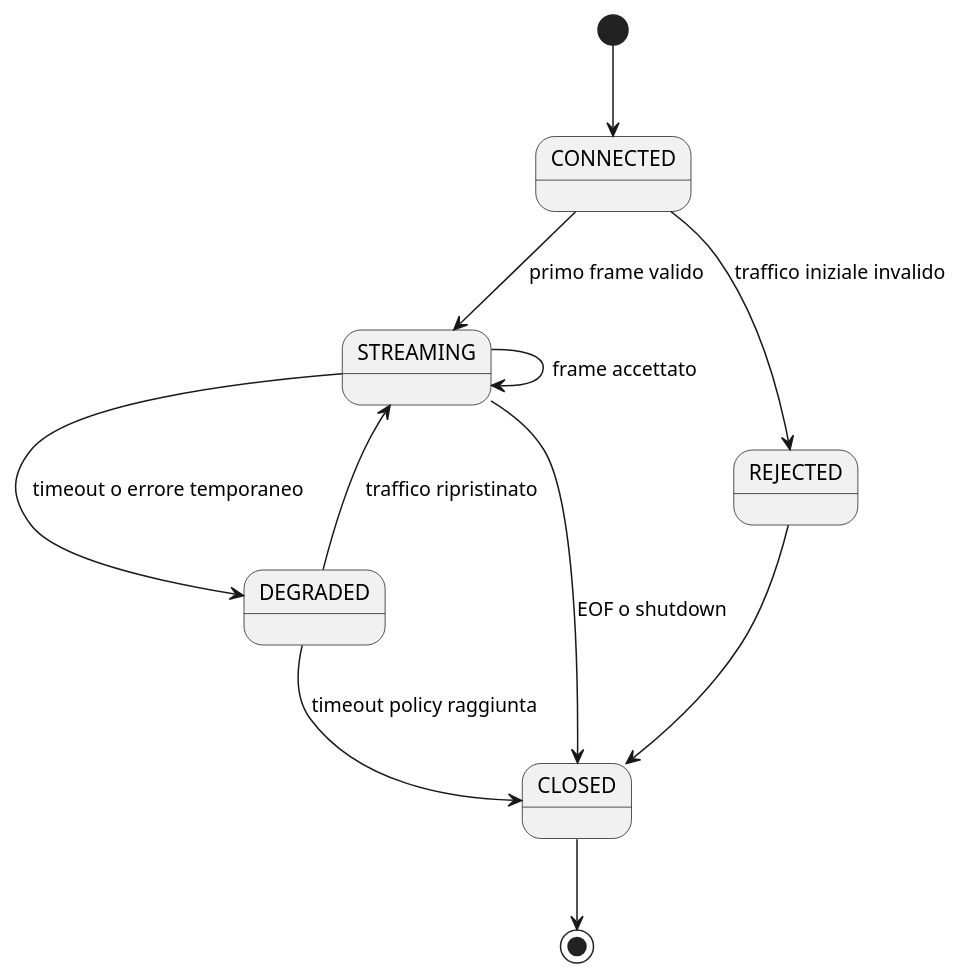
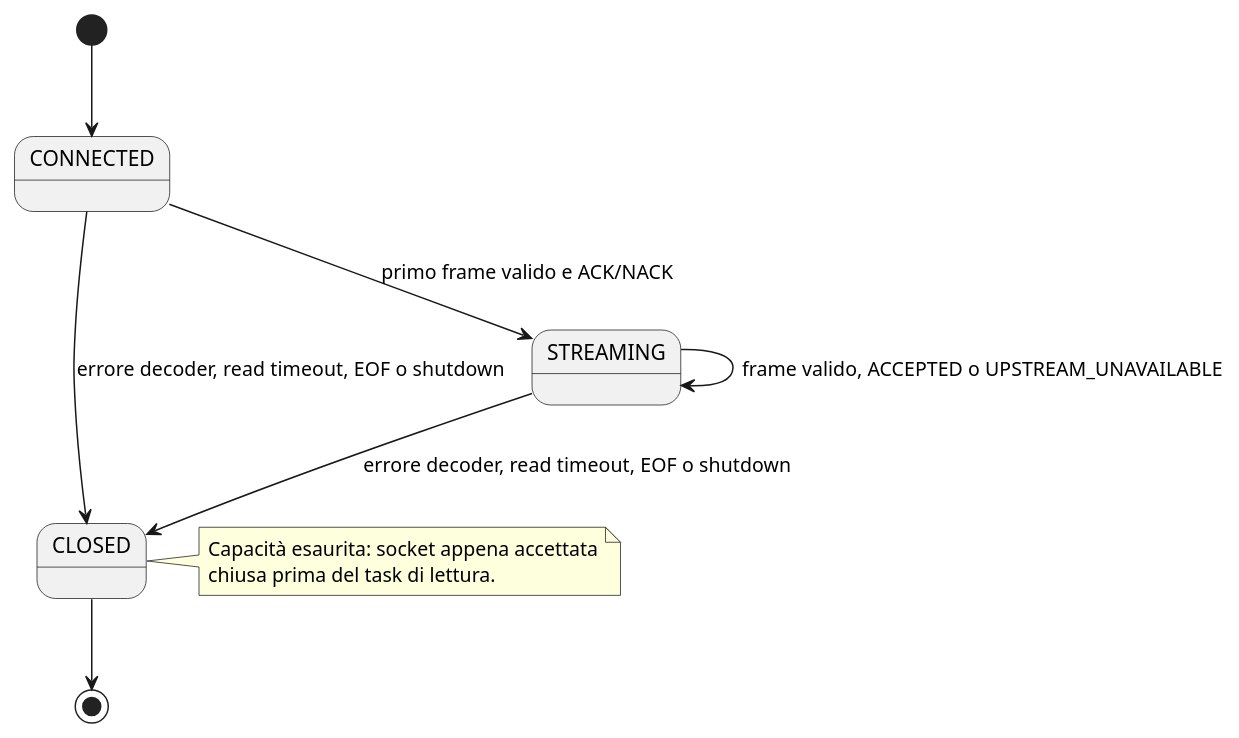
Before and after one commit to val3riot/FleetPulse: the diagram in docs/06_PROTOCOLLO_TCP.md, drawn with PlantUML. The commit also changed other lines of this file and 15 other files, not shown here.

Commit message:
docs(consistency): align FP-055 contracts and diagrams

````diff
--- a/docs/06_PROTOCOLLO_TCP.md
+++ b/docs/06_PROTOCOLLO_TCP.md
@@ -115,14 +122,14 @@
 ```plantuml
 @startuml
 [*] --> CONNECTED
-CONNECTED --> STREAMING : primo frame valido
-CONNECTED --> REJECTED : traffico iniziale invalido
-STREAMING --> STREAMING : frame accettato
-STREAMING --> DEGRADED : timeout o errore temporaneo
-DEGRADED --> STREAMING : traffico ripristinato
-STREAMING --> CLOSED : EOF o shutdown
-DEGRADED --> CLOSED : timeout policy raggiunta
-REJECTED --> CLOSED
+CONNECTED --> STREAMING : primo frame valido e ACK/NACK
+CONNECTED --> CLOSED : errore decoder, read timeout, EOF o shutdown
+STREAMING --> STREAMING : frame valido, ACCEPTED o UPSTREAM_UNAVAILABLE
+STREAMING --> CLOSED : errore decoder, read timeout, EOF o shutdown
 CLOSED --> [*]
+note right of CLOSED
+  Capacità esaurita: socket appena accettata
+  chiusa prima del task di lettura.
+end note
 @enduml
 ```
````
